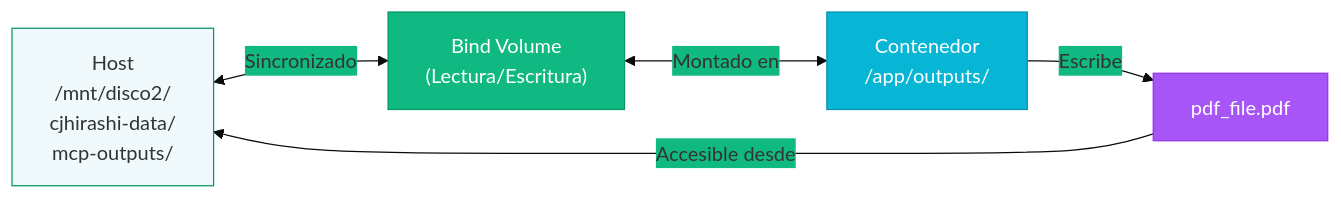
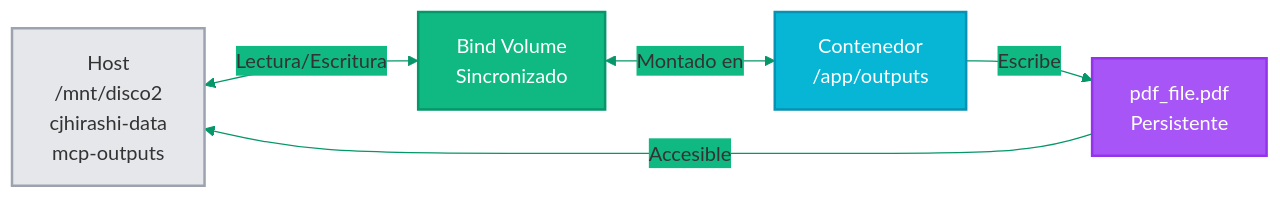
Before and after one commit to cjhirashi/cjhirashi-career: the second of 3 diagrams in docs/NETWORK_TOPOLOGY.md, drawn with Mermaid. The commit also changed other lines of this file and 2 other files, not shown here.

````diff
--- a/docs/NETWORK_TOPOLOGY.md
+++ b/docs/NETWORK_TOPOLOGY.md
@@ -113,26 +116,27 @@
 ```mermaid
 %%{init: {
   'theme': 'base',
   'themeVariables': {
     'primaryColor': '#06B6D4',
     'secondaryColor': '#10B981',
-    'tertiaryColor': '#A855F7'
+    'tertiaryColor': '#A855F7',
+    'lineColor': '#059669'
   }
 }}%%
 
 graph LR
-  HOST["Host<br/>/mnt/disco2/<br/>cjhirashi-data/<br/>mcp-outputs/"]
-  BIND["Bind Volume<br/>(Lectura/Escritura)"]
-  CONT["Contenedor<br/>/app/outputs/"]
+  HOST["Host<br/>/mnt/disco2<br/>cjhirashi-data<br/>mcp-outputs"]
+  BIND["Bind Volume<br/>Sincronizado"]
+  CONT["Contenedor<br/>/app/outputs"]
+  PDF["pdf_file.pdf<br/>Persistente"]
   
-  HOST <-->|"Sincronizado"| BIND
+  HOST <-->|"Lectura/Escritura"| BIND
   BIND <-->|"Montado en"| CONT
+  CONT -->|"Escribe"| PDF
+  PDF -->|"Accesible"| HOST
   
-  CONT -->|"Escribe"| PDF["pdf_file.pdf"]
-  PDF -->|"Accesible desde"| HOST
-  
-  style HOST fill:#f0f9fc,stroke:#059669,color:#333
-  style BIND fill:#10B981,stroke:#059669,color:#fff
-  style CONT fill:#06B6D4,stroke:#0891B2,color:#fff
-  style PDF fill:#A855F7,stroke:#9333EA,color:#fff
+  style HOST fill:#E5E7EB,stroke:#9CA3AF,stroke-width:2px,color:#333
+  style BIND fill:#10B981,stroke:#059669,stroke-width:2px,color:#fff
+  style CONT fill:#06B6D4,stroke:#0891B2,stroke-width:2px,color:#fff
+  style PDF fill:#A855F7,stroke:#9333EA,stroke-width:2px,color:#fff
 ```
````
